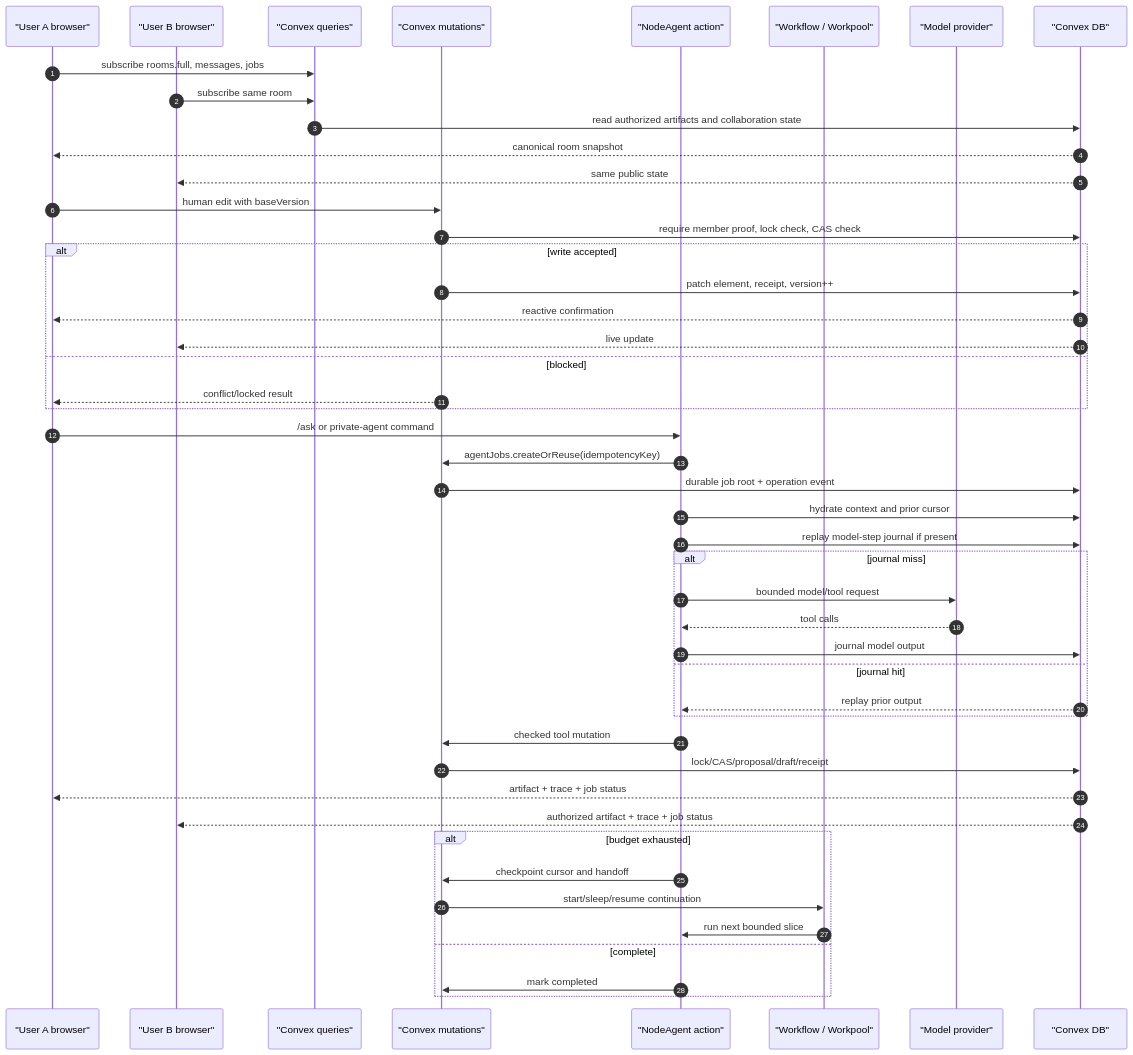
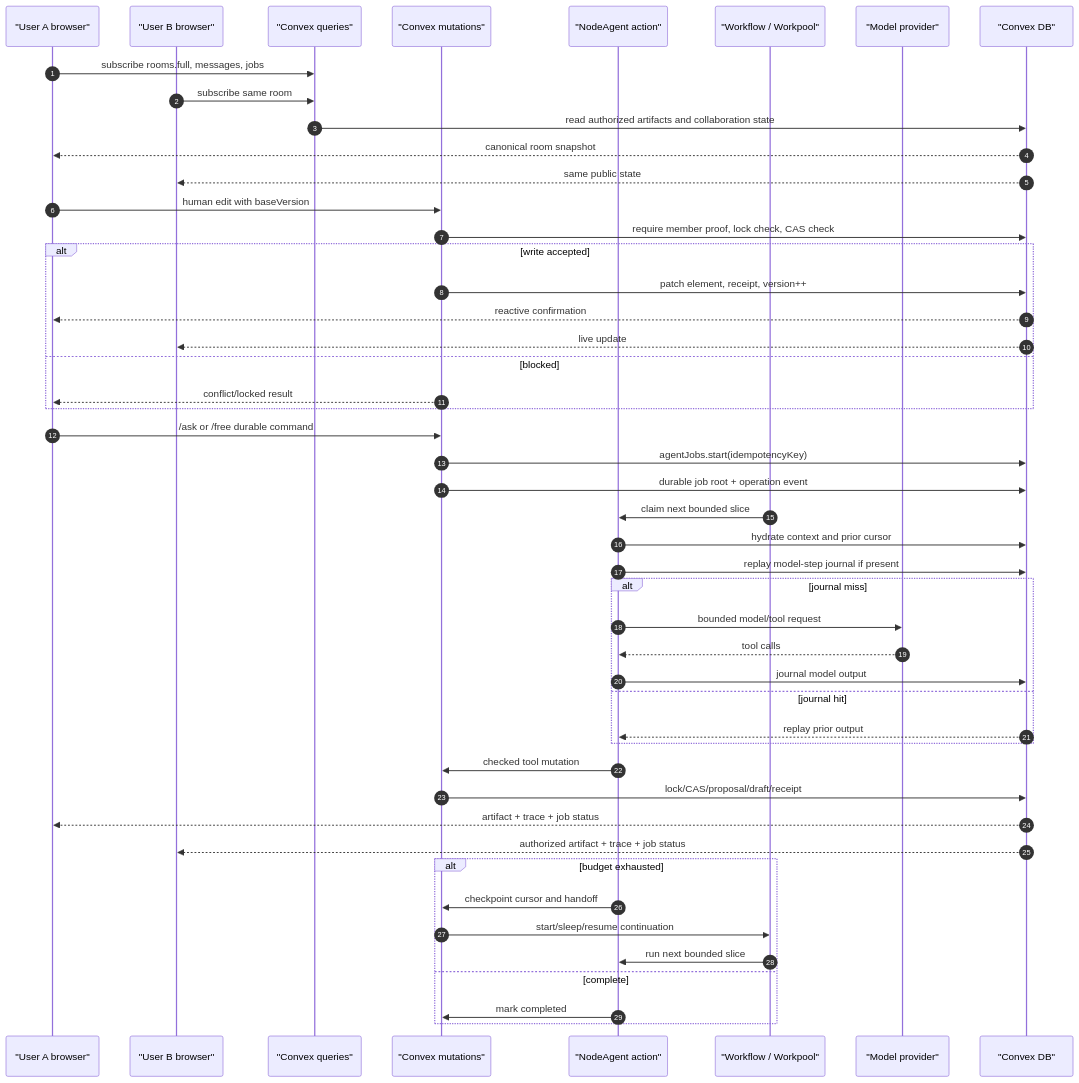
Before and after one commit to HomenShum/NodeRoom: the first of 2 diagrams in docs/NODEAGENT_ARCHITECTURE.md, drawn with Mermaid. The commit also changed other lines of this file and 130 other files, not shown here.

````diff
--- a/docs/NODEAGENT_ARCHITECTURE.md
+++ b/docs/NODEAGENT_ARCHITECTURE.md
@@ -125,52 +131,53 @@
 ```mermaid
 sequenceDiagram
   autonumber
   participant BrowserA as "User A browser"
   participant BrowserB as "User B browser"
   participant Queries as "Convex queries"
   participant Mutations as "Convex mutations"
   participant Agent as "NodeAgent action"
   participant Workflow as "Workflow / Workpool"
   participant Provider as "Model provider"
   participant DB as "Convex DB"
 
   BrowserA->>Queries: subscribe rooms.full, messages, jobs
   BrowserB->>Queries: subscribe same room
   Queries->>DB: read authorized artifacts and collaboration state
   DB-->>BrowserA: canonical room snapshot
   DB-->>BrowserB: same public state
 
   BrowserA->>Mutations: human edit with baseVersion
   Mutations->>DB: require member proof, lock check, CAS check
   alt write accepted
     Mutations->>DB: patch element, receipt, version++
     DB-->>BrowserA: reactive confirmation
     DB-->>BrowserB: live update
   else blocked
     Mutations-->>BrowserA: conflict/locked result
   end
 
-  BrowserA->>Agent: /ask or private-agent command
-  Agent->>Mutations: agentJobs.createOrReuse(idempotencyKey)
+  BrowserA->>Mutations: /ask or /free durable command
+  Mutations->>DB: agentJobs.start(idempotencyKey)
   Mutations->>DB: durable job root + operation event
+  Workflow->>Agent: claim next bounded slice
   Agent->>DB: hydrate context and prior cursor
   Agent->>DB: replay model-step journal if present
   alt journal miss
     Agent->>Provider: bounded model/tool request
     Provider-->>Agent: tool calls
     Agent->>DB: journal model output
   else journal hit
     DB-->>Agent: replay prior output
   end
   Agent->>Mutations: checked tool mutation
   Mutations->>DB: lock/CAS/proposal/draft/receipt
   DB-->>BrowserA: artifact + trace + job status
   DB-->>BrowserB: authorized artifact + trace + job status
   alt budget exhausted
     Agent->>Mutations: checkpoint cursor and handoff
     Mutations->>Workflow: start/sleep/resume continuation
     Workflow->>Agent: run next bounded slice
   else complete
     Agent->>Mutations: mark completed
   end
 ```
````
